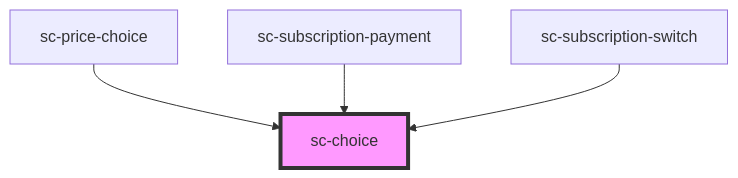
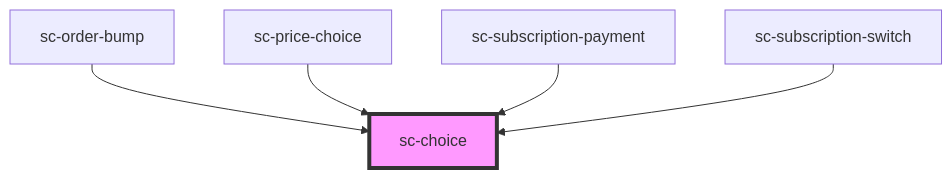
The diagram in packages/components/src/components/ui/choice/readme.md (surecart/surecart-wp-plugin), drawn with Mermaid before and after one commit. The commit also changed other lines of this file and 50 other files, not shown here.

````diff
--- a/packages/components/src/components/ui/choice/readme.md
+++ b/packages/components/src/components/ui/choice/readme.md
@@ -88,7 +90,8 @@
 ```mermaid
 graph TD;
+  sc-order-bump --> sc-choice
   sc-price-choice --> sc-choice
   sc-subscription-payment --> sc-choice
   sc-subscription-switch --> sc-choice
   style sc-choice fill:#f9f,stroke:#333,stroke-width:4px
 ```
````
